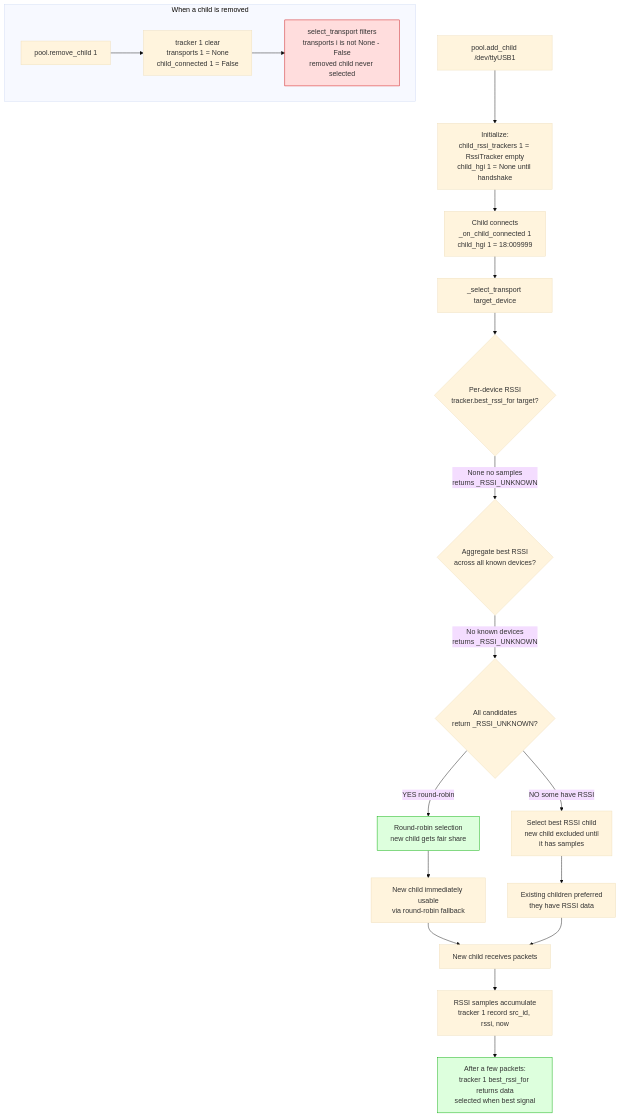
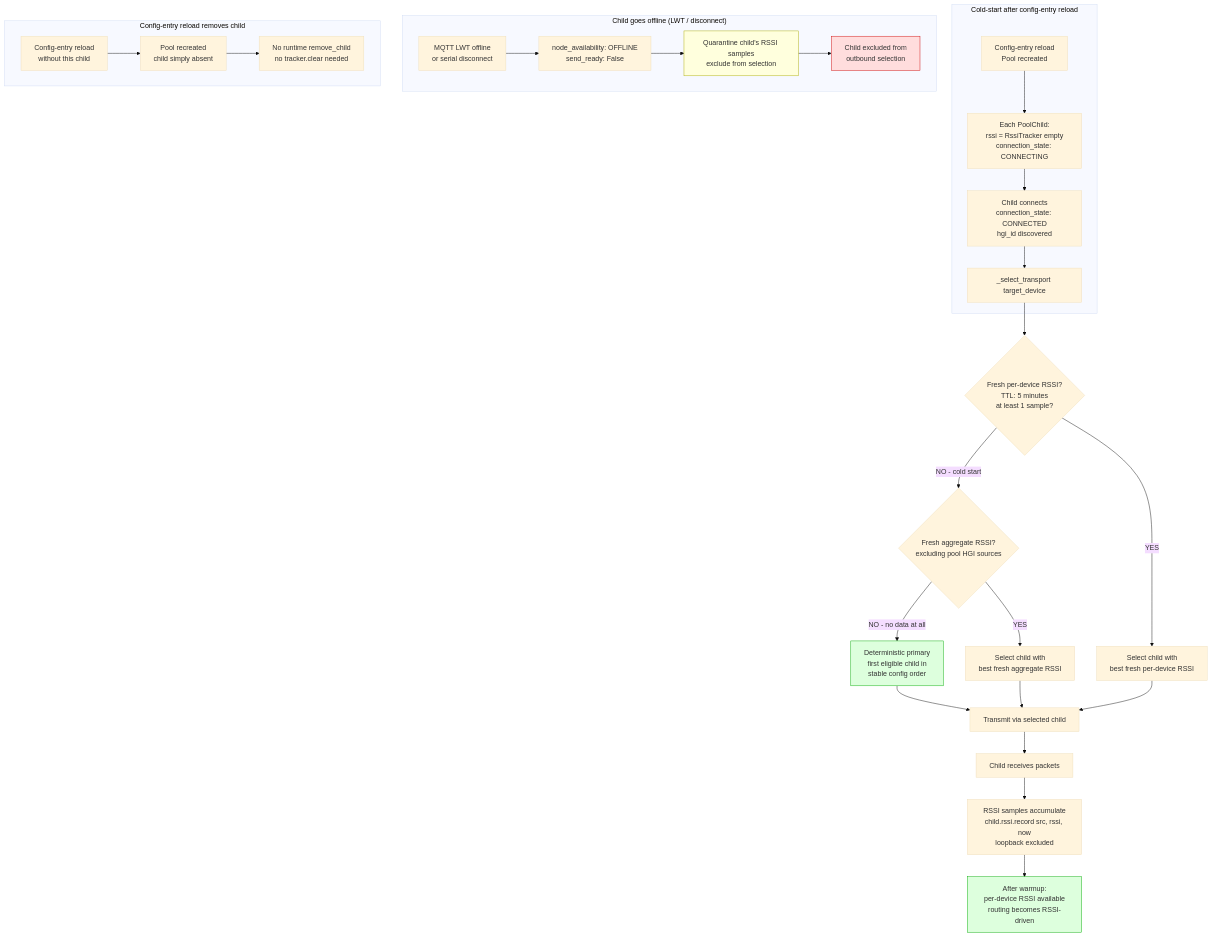
One commit to ramses-rf/ramses_cc changed the diagram in docs/diagrams/04_rssi_add_remove.md. Above: the diagram before and after it, drawn with Mermaid (base theme). The commit also changed other lines of this file and 6 other files, not shown here.

First line of the commit message:
docs: update flow diagrams to reflect new plan architecture

````diff
--- a/docs/diagrams/04_rssi_add_remove.md
+++ b/docs/diagrams/04_rssi_add_remove.md
@@ -3,35 +3,42 @@
 ```mermaid
 flowchart TD
-    AddChild["pool.add_child /dev/ttyUSB1"]
-    AddChild --> Init["Initialize:<br/>child_rssi_trackers 1 = RssiTracker empty<br/>child_hgi 1 = None until handshake"]
-
-    Init --> Connected["Child connects<br/>_on_child_connected 1<br/>child_hgi 1 = 18:009999"]
-
-    Connected --> Select["_select_transport target_device"]
-
-    Select --> Check1{"Per-device RSSI<br/>tracker.best_rssi_for target?"}
-    Check1 -->|"None no samples<br/>returns _RSSI_UNKNOWN"| Check2{"Aggregate best RSSI<br/>across all known devices?"}
-    Check2 -->|"No known devices<br/>returns _RSSI_UNKNOWN"| Check3{"All candidates<br/>return _RSSI_UNKNOWN?"}
-    Check3 -->|"YES round-robin"| RR["Round-robin selection<br/>new child gets fair share"]
-    Check3 -->|"NO some have RSSI"| Best["Select best RSSI child<br/>new child excluded until<br/>it has samples"]
-
-    RR --> UseNew["New child immediately usable<br/>via round-robin fallback"]
-    Best --> UseExisting["Existing children preferred<br/>they have RSSI data"]
-
-    UseNew --> Packets["New child receives packets"]
-    UseExisting --> Packets
-
-    Packets --> Accumulate["RSSI samples accumulate<br/>tracker 1 record src_id, rssi, now"]
-
-    Accumulate --> Transition["After a few packets:<br/>tracker 1 best_rssi_for returns data<br/>selected when best signal"]
-
-    subgraph Remove["When a child is removed"]
-        RemoveChild["pool.remove_child 1"]
-        RemoveChild --> Clear["tracker 1 clear<br/>transports 1 = None<br/>child_connected 1 = False"]
-        Clear --> Excluded["select_transport filters<br/>transports i is not None - False<br/>removed child never selected"]
+    subgraph ColdStart["Cold-start after config-entry reload"]
+        Reload["Config-entry reload<br/>Pool recreated"]
+        Reload --> Init["Each PoolChild:<br/>rssi = RssiTracker empty<br/>connection_state: CONNECTING"]
+        Init --> Connected["Child connects<br/>connection_state: CONNECTED<br/>hgi_id discovered"]
+        Connected --> Select["_select_transport target_device"]
     end
 
-    style RR fill:#dfd,stroke:#0a0
+    Select --> Check1{"Fresh per-device RSSI?<br/>TTL: 5 minutes<br/>at least 1 sample?"}
+    Check1 -->|"NO - cold start"| Check2{"Fresh aggregate RSSI?<br/>excluding pool HGI sources"}
+    Check2 -->|"NO - no data at all"| Primary["Deterministic primary<br/>first eligible child in<br/>stable config order"]
+    Check1 -->|"YES"| Best["Select child with<br/>best fresh per-device RSSI"]
+    Check2 -->|"YES"| BestAgg["Select child with<br/>best fresh aggregate RSSI"]
+
+    Primary --> UseChild["Transmit via selected child"]
+    Best --> UseChild
+    BestAgg --> UseChild
+
+    UseChild --> Packets["Child receives packets"]
+    Packets --> Accumulate["RSSI samples accumulate<br/>child.rssi.record src, rssi, now<br/>loopback excluded"]
+
+    Accumulate --> Transition["After warmup:<br/>per-device RSSI available<br/>routing becomes RSSI-driven"]
+
+    subgraph Offline["Child goes offline (LWT / disconnect)"]
+        LWT["MQTT LWT offline<br/>or serial disconnect"]
+        LWT --> Avail["node_availability: OFFLINE<br/>send_ready: False"]
+        Avail --> Quarantine["Quarantine child's RSSI samples<br/>exclude from selection"]
+        Quarantine --> Excluded["Child excluded from<br/>outbound selection"]
+    end
+
+    subgraph ConfigChange["Config-entry reload removes child"]
+        RemoveReload["Config-entry reload<br/>without this child"]
+        RemoveReload --> Recreate["Pool recreated<br/>child simply absent"]
+        Recreate --> NoClear["No runtime remove_child<br/>no tracker.clear needed"]
+    end
+
+    style Primary fill:#dfd,stroke:#0a0
     style Transition fill:#dfd,stroke:#0a0
     style Excluded fill:#fdd,stroke:#c00
+    style Quarantine fill:#ffd,stroke:#aa0
 ```
````
